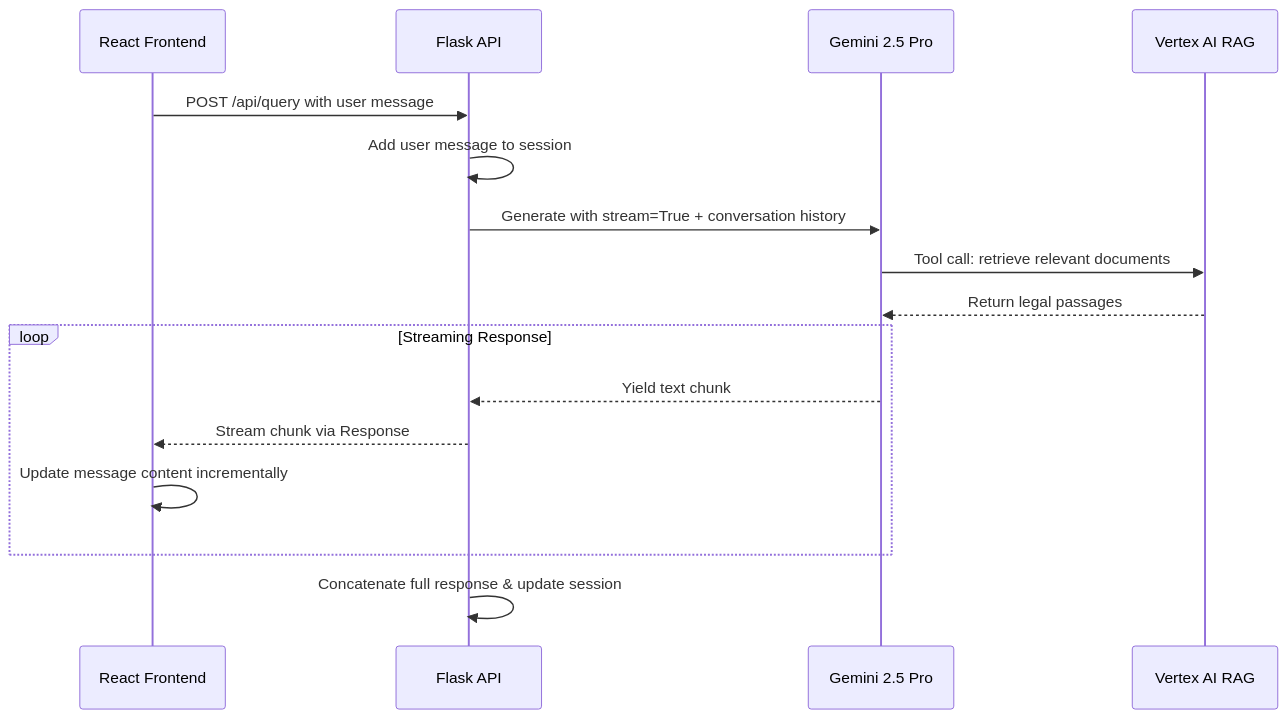
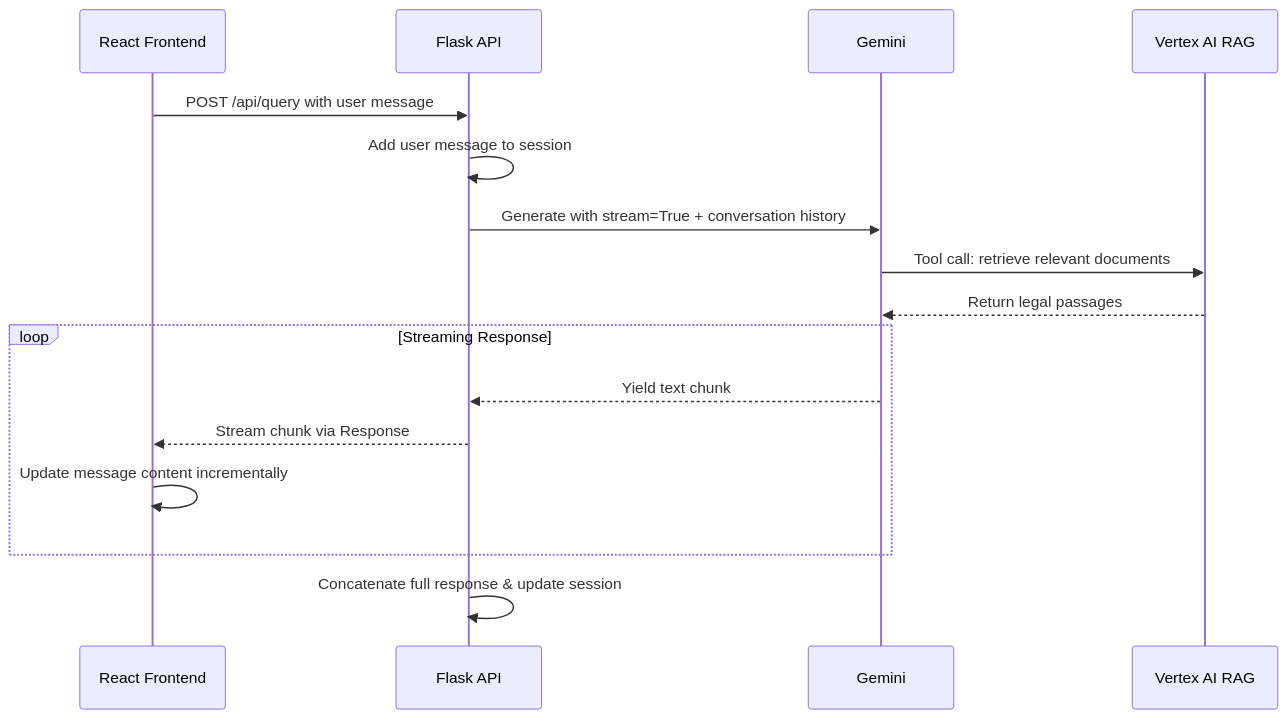
The fifth of 9 diagrams in Architecture.md (codeforpdx/tenantfirstaid), drawn with Mermaid before and after one commit. The commit also changed other lines of this file and 6 other files, not shown here.

````diff
--- a/Architecture.md
+++ b/Architecture.md
@@ -269,21 +270,21 @@
 ```mermaid
 sequenceDiagram
     participant UI as React Frontend
     participant API as Flask API
-    participant Gemini as Gemini 2.5 Pro
+    participant Gemini as Gemini
     participant RAG as Vertex AI RAG
 
     UI->>API: POST /api/query with user message
     API->>API: Add user message to session
     API->>Gemini: Generate with stream=True + conversation history
     Gemini->>RAG: Tool call: retrieve relevant documents
     RAG-->>Gemini: Return legal passages
 
     loop Streaming Response
         Gemini-->>API: Yield text chunk
         API-->>UI: Stream chunk via Response
         UI->>UI: Update message content incrementally
     end
 
     API->>API: Concatenate full response & update session
 ```
````
